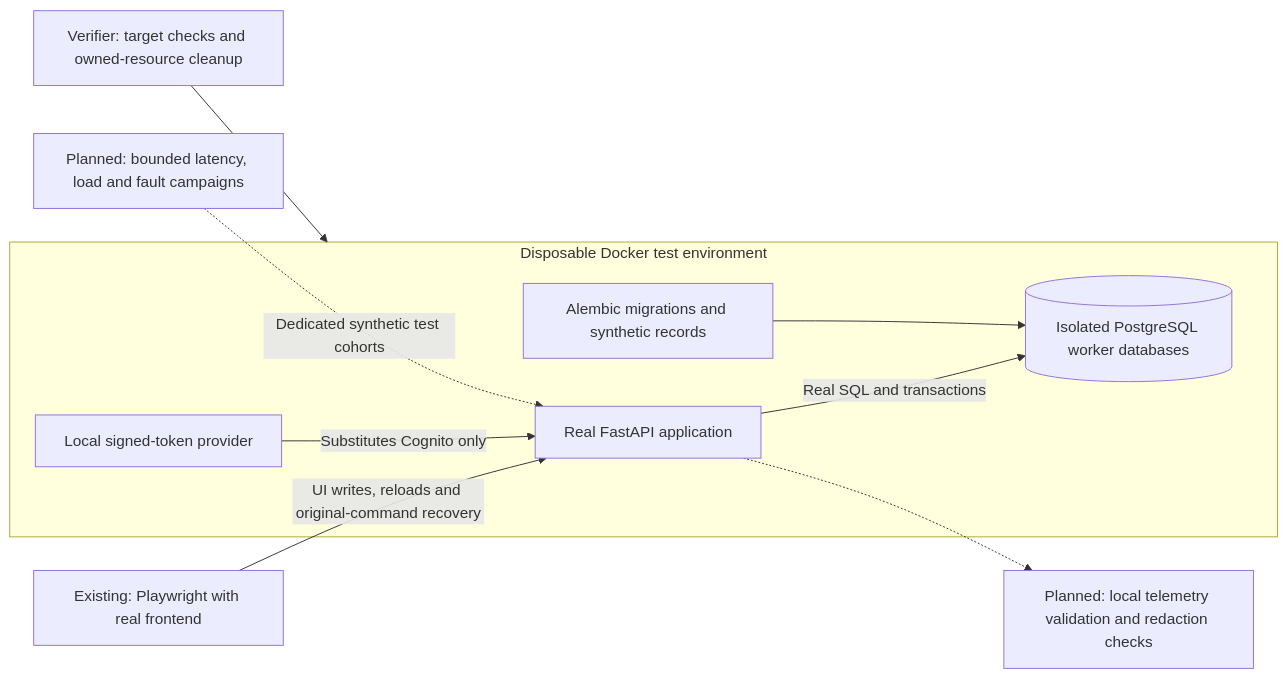
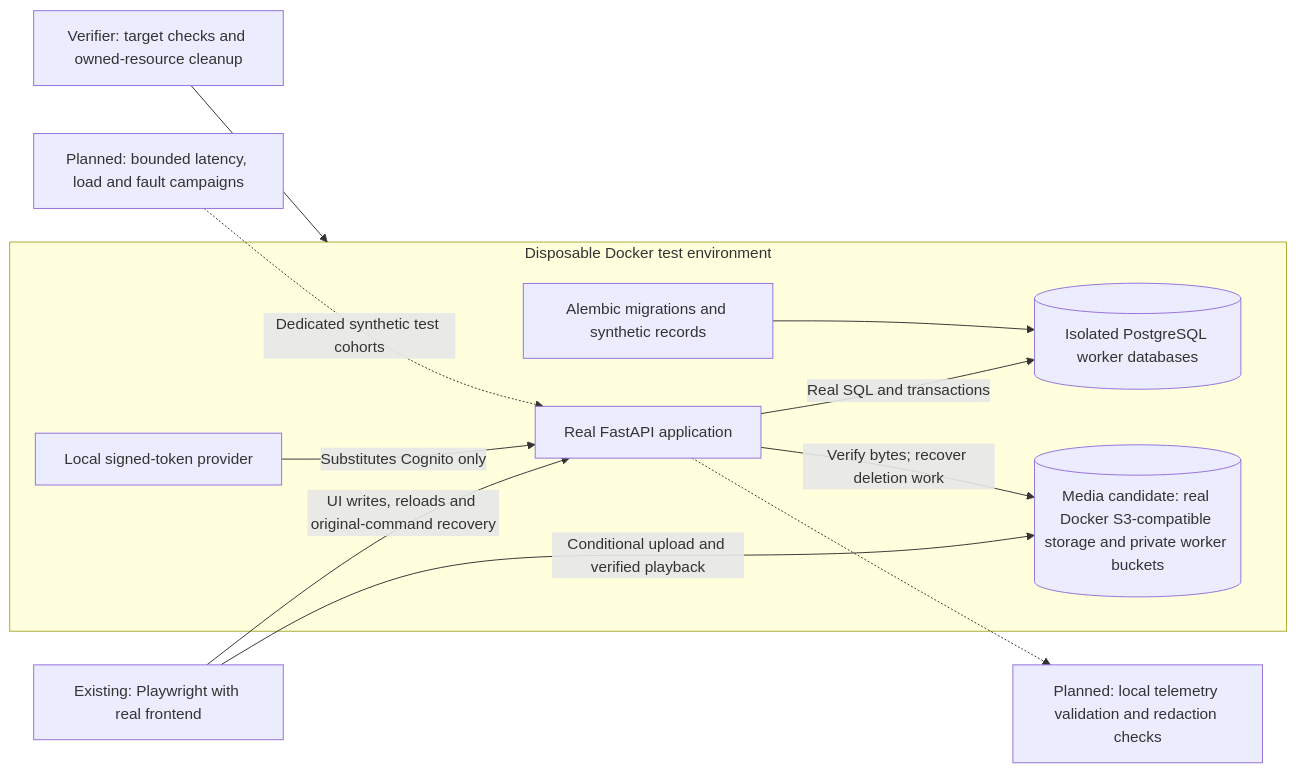
The second of 3 diagrams in docs/Architecture/diagram.md (LimYouSheng/FitfinityReact), drawn with Mermaid before and after one commit. The commit also changed other lines of this file and 49 other files, not shown here.

````diff
--- a/docs/Architecture/diagram.md
+++ b/docs/Architecture/diagram.md
@@ -58,20 +59,23 @@
 ```mermaid
 flowchart LR
   Tests["Existing: Playwright with real frontend"]
   subgraph Docker["Disposable Docker test environment"]
     API["Real FastAPI application"]
     Tokens["Local signed-token provider"]
     PG[("Isolated PostgreSQL worker databases")]
+    Objects[("Media candidate: real Docker S3-compatible storage and private worker buckets")]
     Seed["Alembic migrations and synthetic records"]
   end
   Owner["Verifier: target checks and owned-resource cleanup"]
   Load["Planned: bounded latency, load and fault campaigns"]
   Telemetry["Planned: local telemetry validation and redaction checks"]
   Tests -->|"UI writes, reloads and original-command recovery"| API
   Tokens -->|"Substitutes Cognito only"| API
   API -->|"Real SQL and transactions"| PG
+  Tests -->|"Conditional upload and verified playback"| Objects
+  API -->|"Verify bytes; recover deletion work"| Objects
   Seed --> PG
   Owner --> Docker
   Load -.->|"Dedicated synthetic test cohorts"| API
   API -.-> Telemetry
 ```
````
